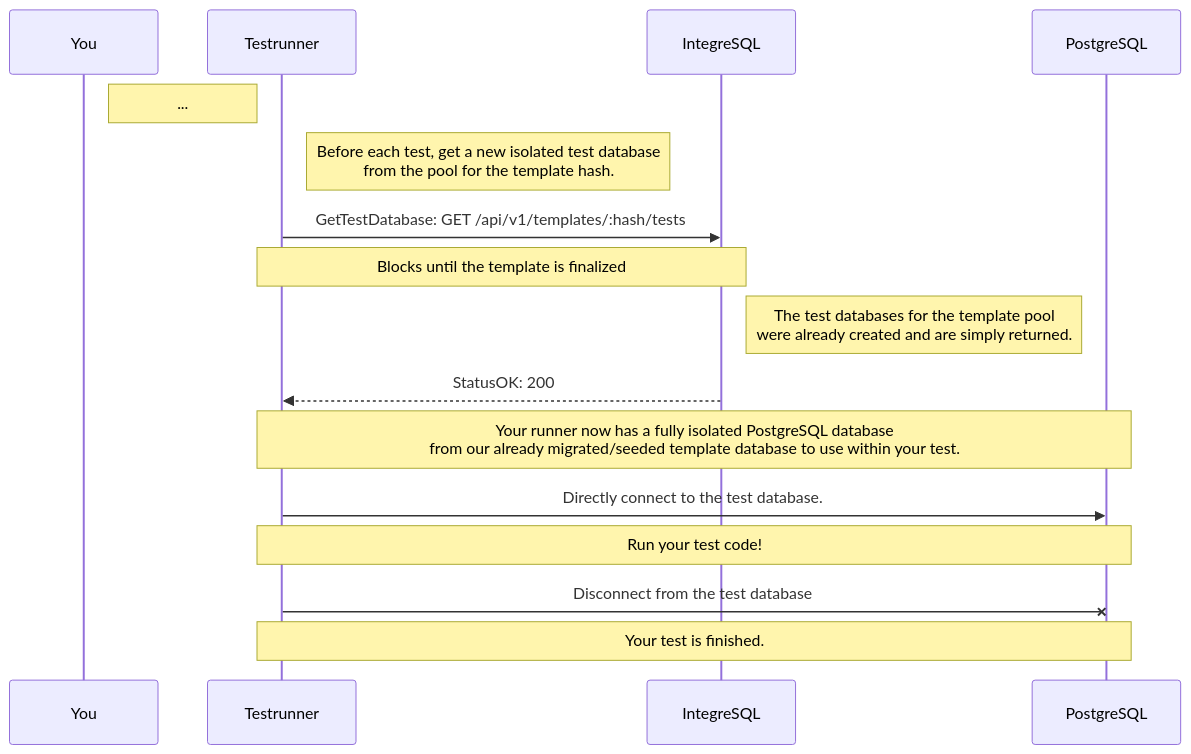
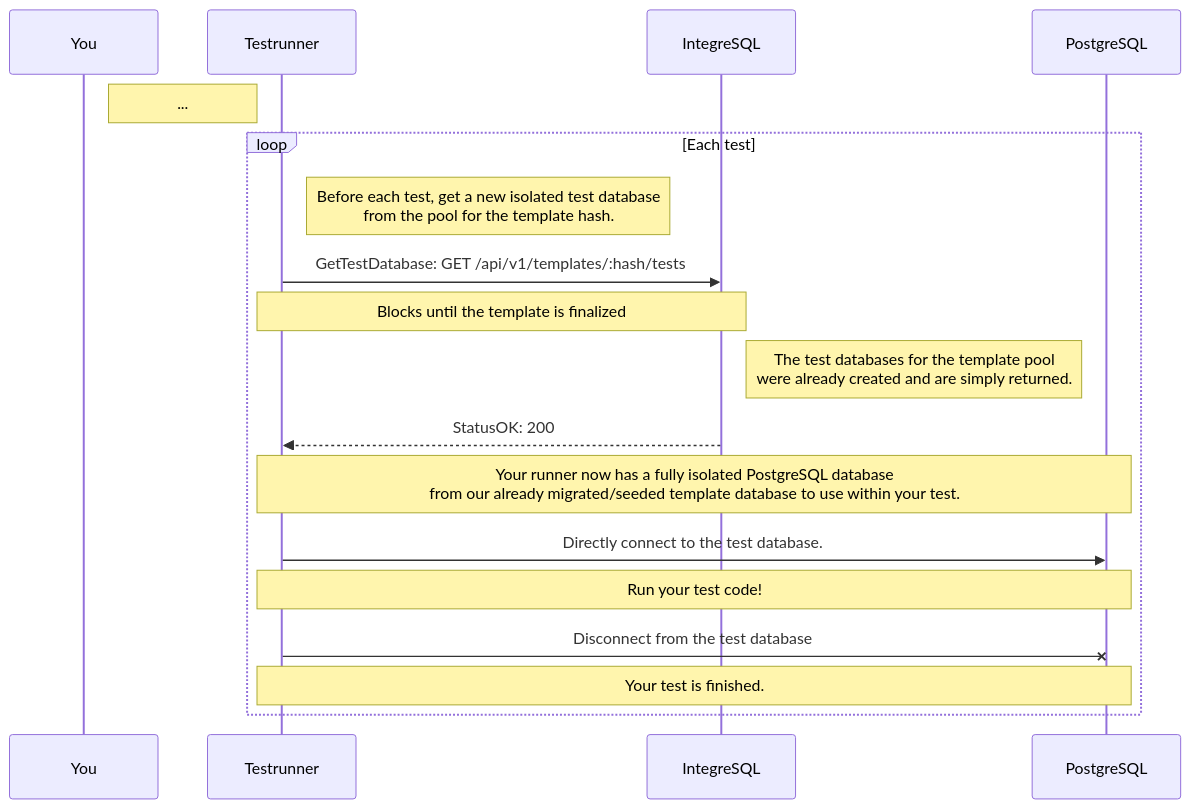
Before and after one commit to allaboutapps/integresql: the fifth of 9 diagrams in README.md, drawn with Mermaid. The commit also changed other lines of this file, not shown here.

Commit message:
intro diagram

````diff
--- a/README.md
+++ b/README.md
@@ -298,25 +334,29 @@
 ```mermaid
 sequenceDiagram
 
     Note right of You: ...
+
+    loop Each test
 
     Note right of Testrunner: Before each test, get a new isolated test database<br/> from the pool for the template hash.
 
     Testrunner->>IntegreSQL: GetTestDatabase: GET /api/v1/templates/:hash/tests
 
     Note over Testrunner,IntegreSQL: Blocks until the template is finalized
 
     Note right of IntegreSQL: The test databases for the template pool<br/>were already created and are simply returned.
 
     IntegreSQL-->>Testrunner: StatusOK: 200
 
     Note over Testrunner,PostgreSQL: Your runner now has a fully isolated PostgreSQL database<br/>from our already migrated/seeded template database to use within your test.
 
     Testrunner->>PostgreSQL: Directly connect to the test database.
 
     Note over Testrunner,PostgreSQL: Run your test code!
 
     Testrunner-xPostgreSQL: Disconnect from the test database
 
-     Note over Testrunner,PostgreSQL: Your test is finished.
+    Note over Testrunner,PostgreSQL: Your test is finished.
+
+    end
 ```
````
